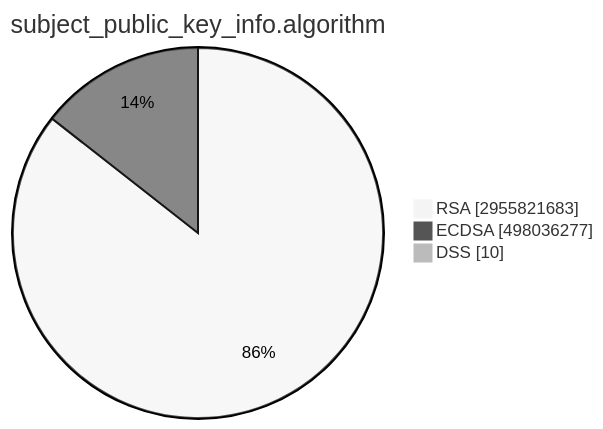
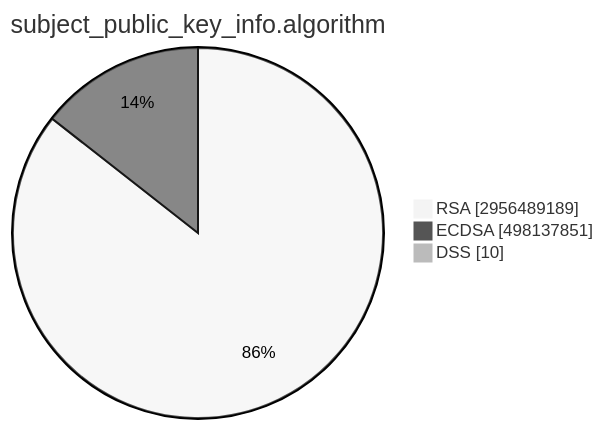
Before and after one commit to christiankrug/ctmonitor_visualization: the second of 15 diagrams in TOTAL/README.md, drawn with Mermaid (neutral theme). The commit also changed other lines of this file, not shown here.

````diff
--- a/TOTAL/README.md
+++ b/TOTAL/README.md
@@ -6,7 +6,7 @@
 ```mermaid
 pie showData
 title subject_public_key_info.algorithm
-"RSA" :2955821683
-"ECDSA" :498036277
+"RSA" :2956489189
+"ECDSA" :498137851
 "DSS" :10
 ```
````
